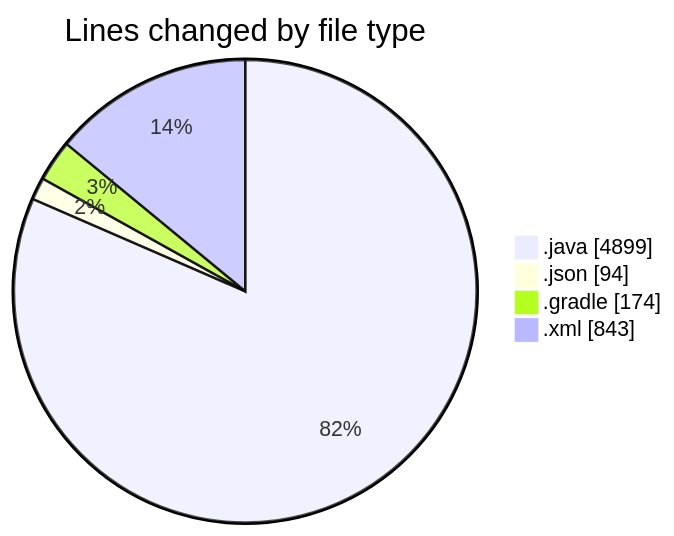
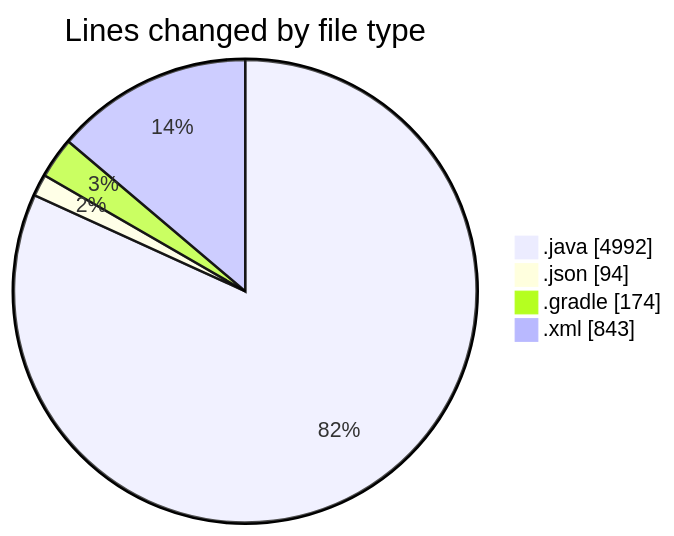
The first of 2 diagrams in 2025-02-22/micros/README.md (charlie-sans/code-tracking), drawn with Mermaid before and after one commit. The commit also changed other lines of this file and 1 other file, not shown here.

````diff
--- a/2025-02-22/micros/README.md
+++ b/2025-02-22/micros/README.md
@@ -61,8 +61,8 @@
 ```mermaid
 pie showData
 title Lines changed by file type
-".java" : 4899
+".java" : 4992
 ".json" : 94
 ".gradle" : 174
 ".xml" : 843
 ```
````
